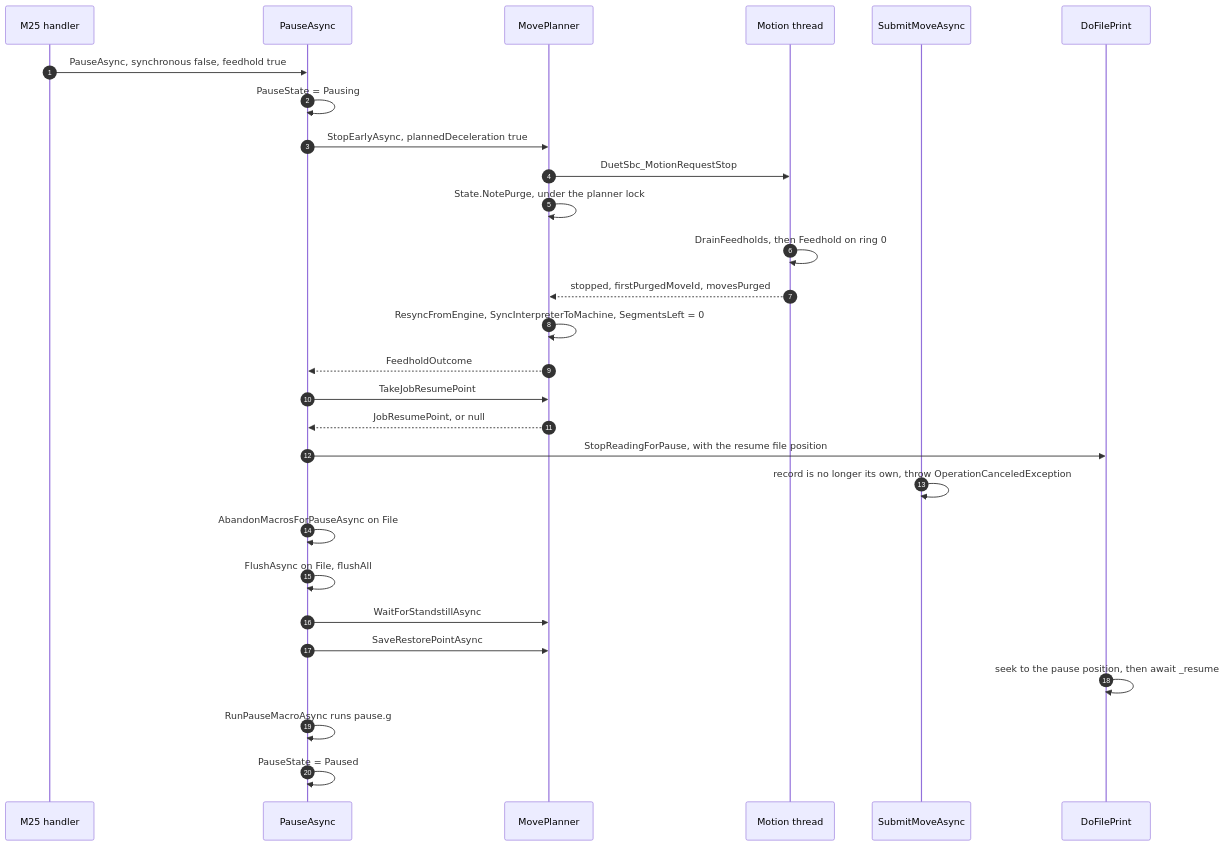
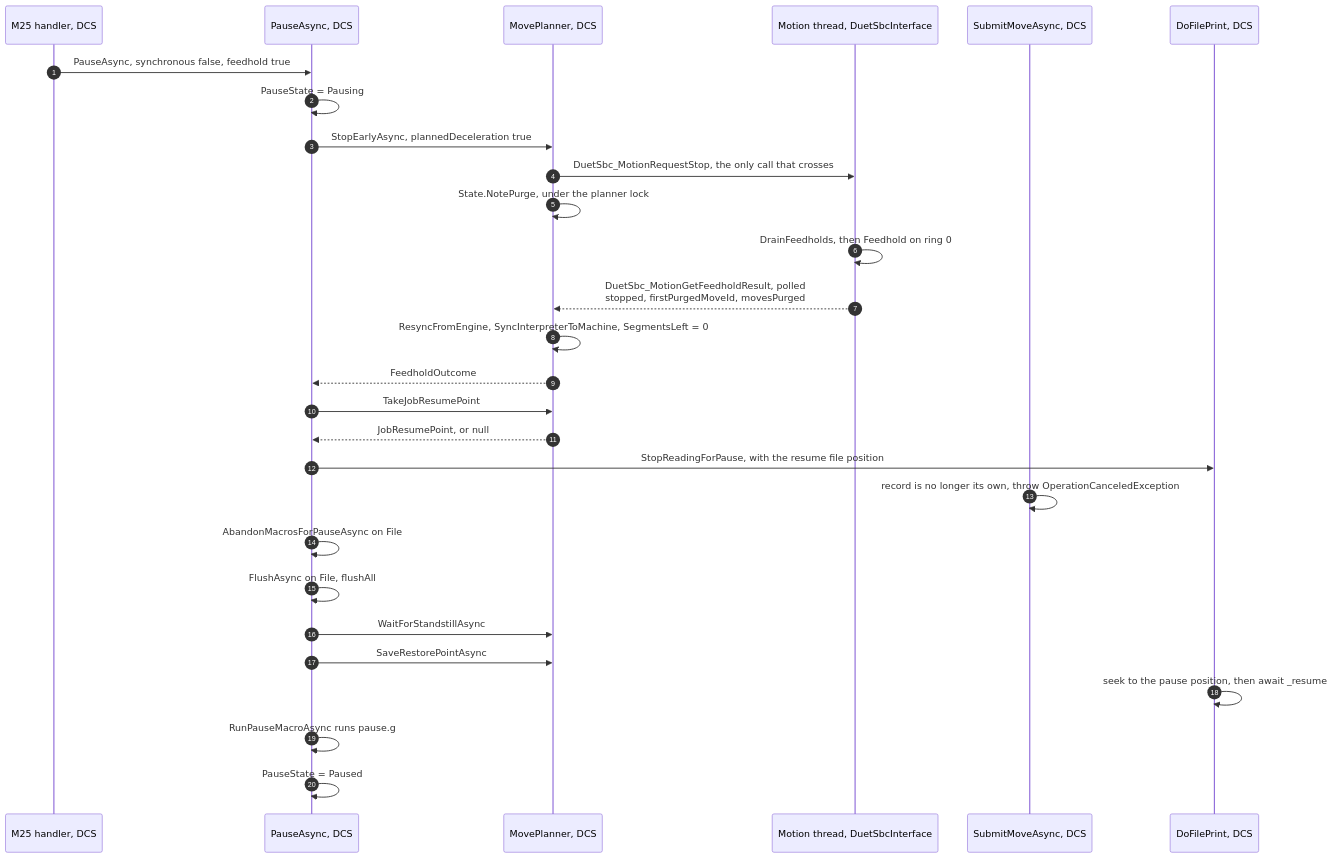
One commit to Duet3D/DuetSoftwareFramework changed the second of 5 diagrams in src/Documentation/articles/pause-and-resume.md. Above: the diagram before and after it, drawn with Mermaid. The commit also changed other lines of this file, not shown here.

````diff
--- a/src/Documentation/articles/pause-and-resume.md
+++ b/src/Documentation/articles/pause-and-resume.md
@@ -110,31 +125,31 @@
 ```mermaid
 sequenceDiagram
     autonumber
-    participant M as M25 handler
-    participant P as PauseAsync
-    participant PL as MovePlanner
-    participant E as Motion thread
-    participant S as SubmitMoveAsync
-    participant J as DoFilePrint
+    participant M as M25 handler, DCS
+    participant P as PauseAsync, DCS
+    participant PL as MovePlanner, DCS
+    participant E as Motion thread, DuetSbcInterface
+    participant S as SubmitMoveAsync, DCS
+    participant J as DoFilePrint, DCS
 
     M->>P: PauseAsync, synchronous false, feedhold true
     P->>P: PauseState = Pausing
     P->>PL: StopEarlyAsync, plannedDeceleration true
-    PL->>E: DuetSbc_MotionRequestStop
+    PL->>E: DuetSbc_MotionRequestStop, the only call that crosses
     PL->>PL: State.NotePurge, under the planner lock
     E->>E: DrainFeedholds, then Feedhold on ring 0
-    E-->>PL: stopped, firstPurgedMoveId, movesPurged
+    E-->>PL: DuetSbc_MotionGetFeedholdResult, polled<br/>stopped, firstPurgedMoveId, movesPurged
     PL->>PL: ResyncFromEngine, SyncInterpreterToMachine, SegmentsLeft = 0
     PL-->>P: FeedholdOutcome
     P->>PL: TakeJobResumePoint
     PL-->>P: JobResumePoint, or null
     P->>J: StopReadingForPause, with the resume file position
     S->>S: record is no longer its own, throw OperationCanceledException
     P->>P: AbandonMacrosForPauseAsync on File
     P->>P: FlushAsync on File, flushAll
     P->>PL: WaitForStandstillAsync
     P->>PL: SaveRestorePointAsync
     J->>J: seek to the pause position, then await _resume
     P->>P: RunPauseMacroAsync runs pause.g
     P->>P: PauseState = Paused
 ```
````
